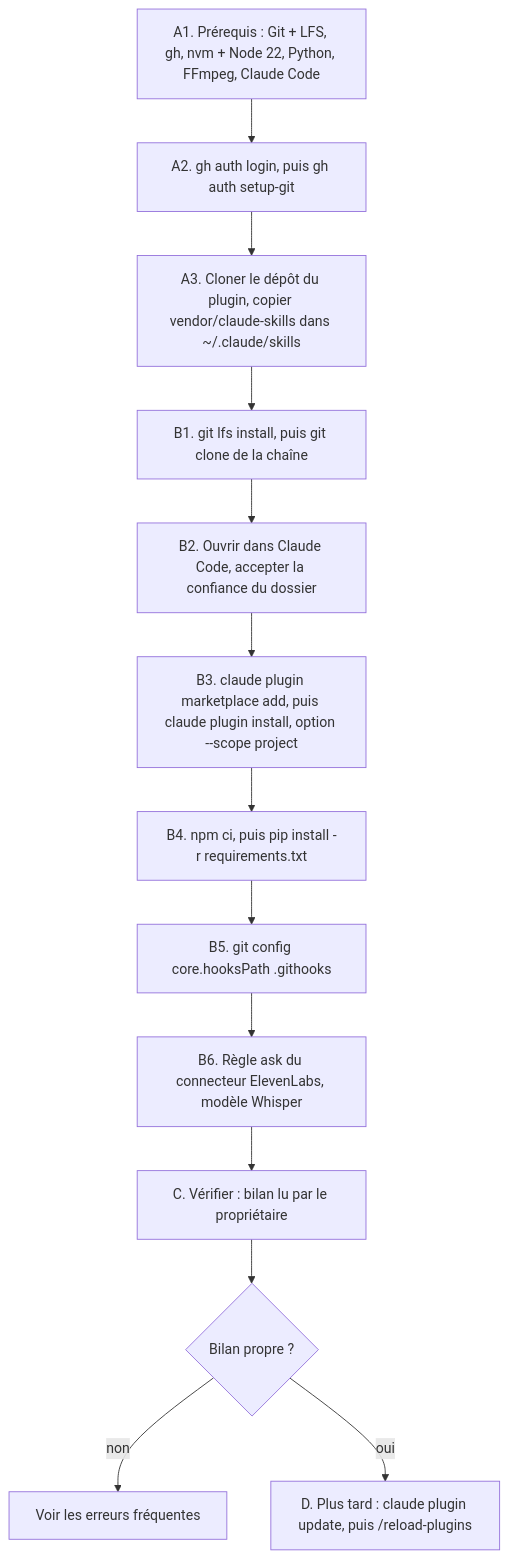
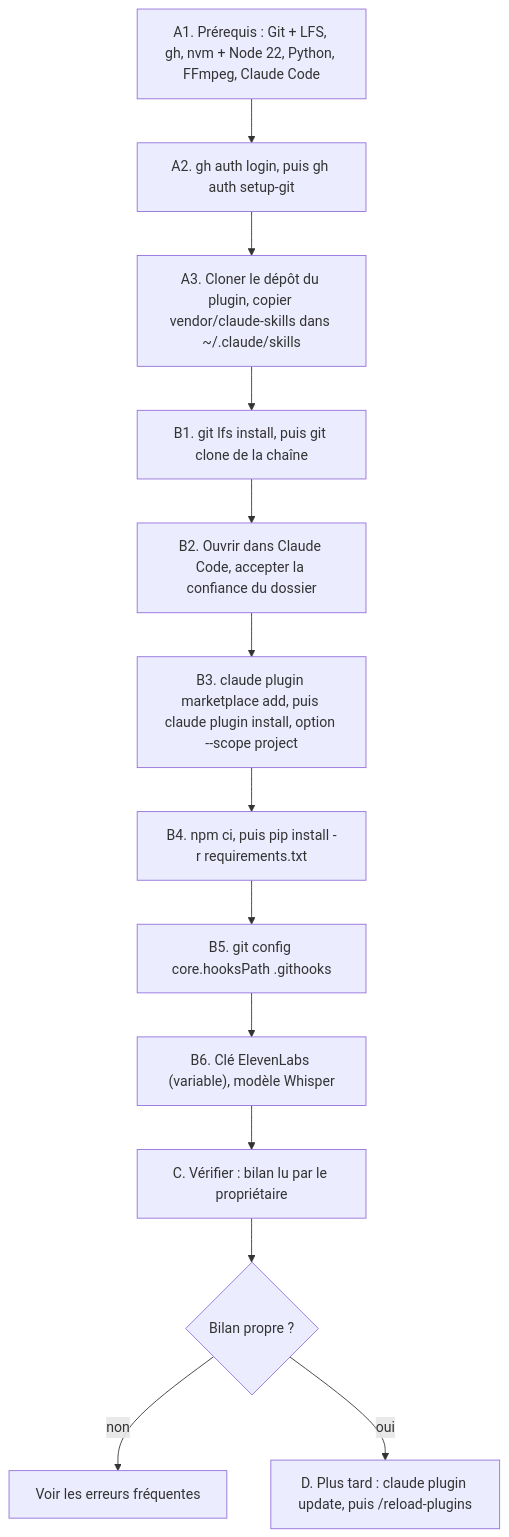
Before and after one commit to hichamsbihi/studio-faceless: the diagram in docs/workflows/installation-et-mise-a-jour.md, drawn with Mermaid. The commit also changed other lines of this file and 54 other files, not shown here.

First line of the commit message:
plugin : version 0.2.2 (suite), règles communes réellement injectées, état STATE.md avec /clear, ElevenLabs par l'API, agent reviewer

````diff
--- a/docs/workflows/installation-et-mise-a-jour.md
+++ b/docs/workflows/installation-et-mise-a-jour.md
@@ -48,15 +48,15 @@
 ```mermaid
 flowchart TD
   A1["A1. Prérequis : Git + LFS, gh, nvm + Node 22, Python, FFmpeg, Claude Code"] --> A2["A2. gh auth login, puis gh auth setup-git"]
   A2 --> A3["A3. Cloner le dépôt du plugin, copier vendor/claude-skills dans ~/.claude/skills"]
   A3 --> B1["B1. git lfs install, puis git clone de la chaîne"]
   B1 --> B2["B2. Ouvrir dans Claude Code, accepter la confiance du dossier"]
   B2 --> B3["B3. claude plugin marketplace add, puis claude plugin install, option --scope project"]
   B3 --> B4["B4. npm ci, puis pip install -r requirements.txt"]
   B4 --> B5["B5. git config core.hooksPath .githooks"]
-  B5 --> B6["B6. Règle ask du connecteur ElevenLabs, modèle Whisper"]
+  B5 --> B6["B6. Clé ElevenLabs (variable), modèle Whisper"]
   B6 --> C["C. Vérifier : bilan lu par le propriétaire"]
   C --> OK{"Bilan propre ?"}
   OK -- non --> R["Voir les erreurs fréquentes"]
   OK -- oui --> U["D. Plus tard : claude plugin update, puis /reload-plugins"]
 ```
````
